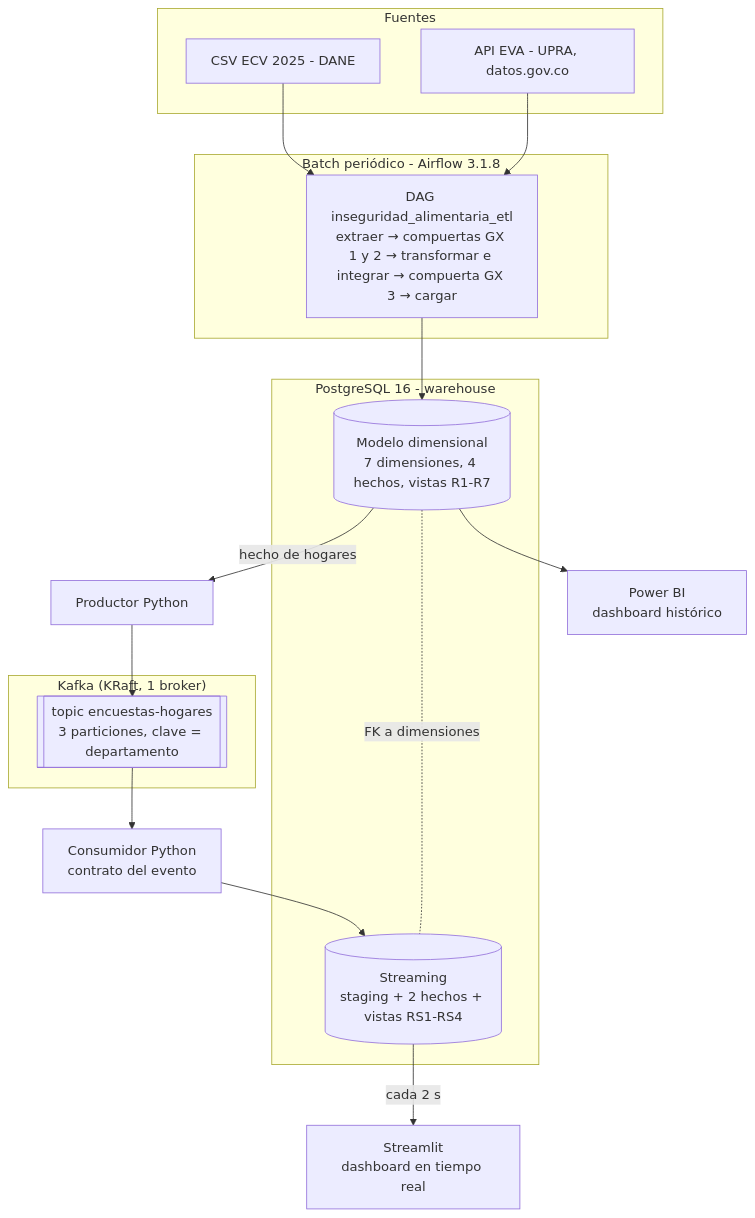
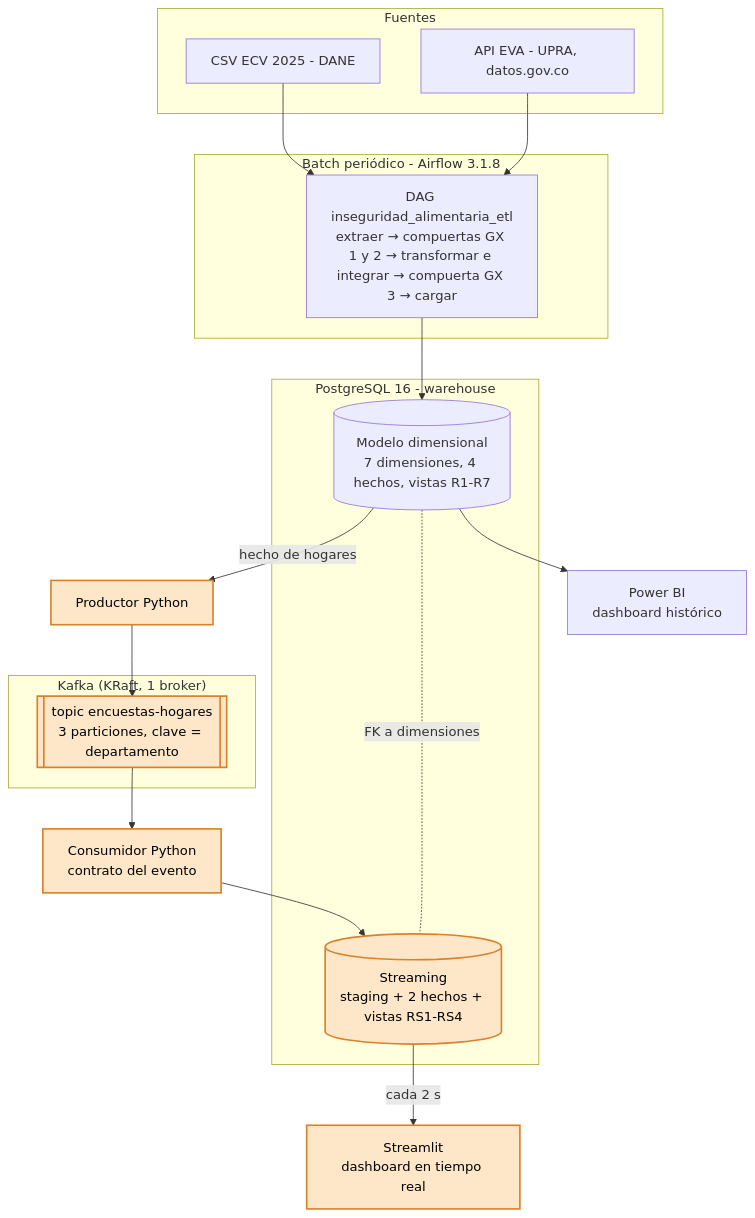
One commit to Sxg0673/Inseguridad-alimentaria-final changed the first of 3 diagrams in README.md. Above: the diagram before and after it, drawn with Mermaid. The commit also changed other lines of this file, not shown here.

````diff
--- a/README.md
+++ b/README.md
@@ -183,31 +183,34 @@
 ```mermaid
 flowchart TB
     subgraph Fuentes
         ECV[CSV ECV 2025 - DANE]
         API[API EVA - UPRA, datos.gov.co]
     end
     subgraph Batch["Batch periódico - Airflow 3.1.8"]
         DAG["DAG inseguridad_alimentaria_etl<br/>extraer → compuertas GX 1 y 2 → transformar e integrar → compuerta GX 3 → cargar"]
     end
     subgraph WH["PostgreSQL 16 - warehouse"]
         DW[("Modelo dimensional<br/>7 dimensiones, 4 hechos, vistas R1-R7")]
         ST[("Streaming<br/>staging + 2 hechos + vistas RS1-RS4")]
     end
     subgraph K["Kafka (KRaft, 1 broker)"]
         T[["topic encuestas-hogares<br/>3 particiones, clave = departamento"]]
     end
     P[Productor Python]
     C[Consumidor Python<br/>contrato del evento]
     PBI[Power BI<br/>dashboard histórico]
     SL[Streamlit<br/>dashboard en tiempo real]
 
     ECV --> DAG
     API --> DAG
     DAG --> DW
     DW --> PBI
     DW -- "hecho de hogares" --> P
     P --> T --> C
     C --> ST
     DW -. "FK a dimensiones" .- ST
     ST -- "cada 2 s" --> SL
+
+    classDef nuevo fill:#fde7c8,stroke:#d9822b,stroke-width:2px,color:#000
+    class T,P,C,ST,SL nuevo
 ```
````
